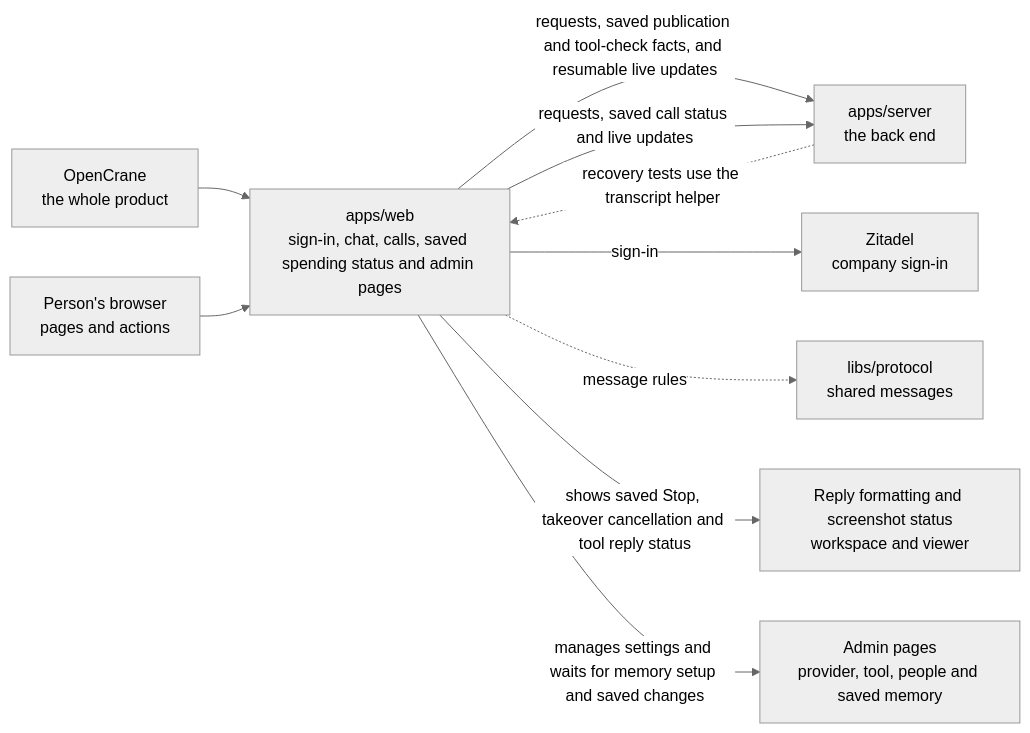
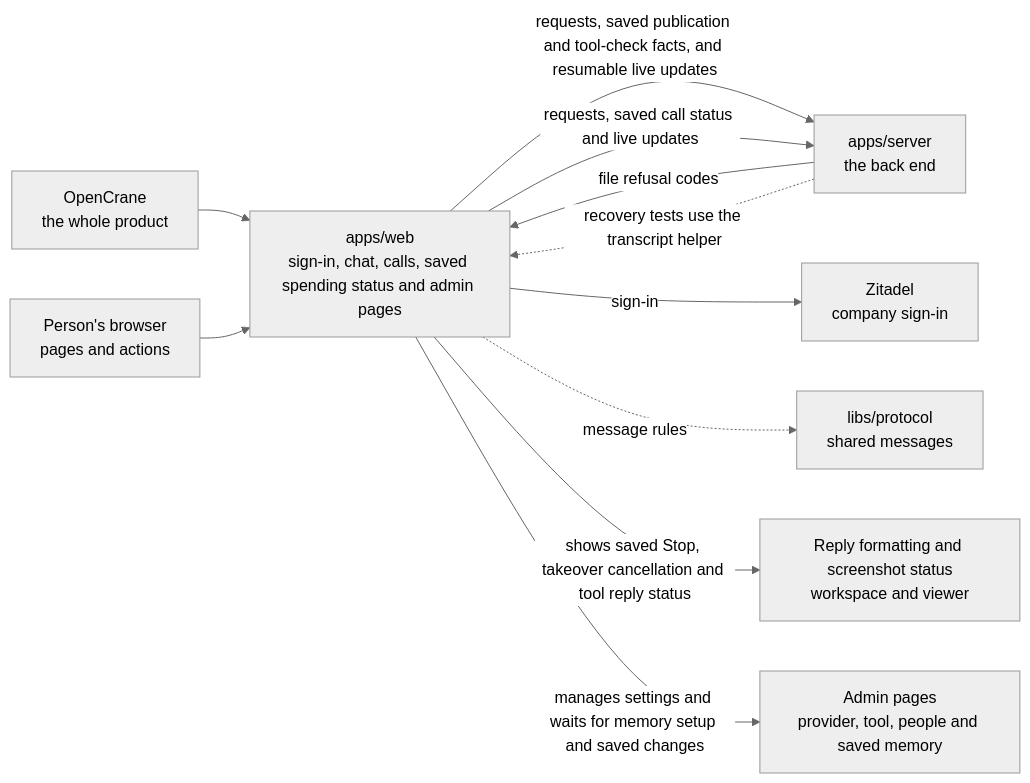
Before and after one commit to elewa-git/opencrane-new: the diagram in apps/web/README.md, drawn with Mermaid (neutral theme). The commit also changed other lines of this file and 41 other files, not shown here.

````diff
--- a/apps/web/README.md
+++ b/apps/web/README.md
@@ -16,12 +16,13 @@
 ```mermaid
 flowchart LR
   system["OpenCrane<br/>the whole product"] --> web["apps/web<br/>the website"]
   browser["Person's browser<br/>pages and actions"] --> web
   web -->|requests, saved publication and tool-check facts, and resumable live updates| server["apps/server<br/>the back end"]
+  server -->|file refusal codes| web
   server -.->|recovery tests use the transcript helper| web
   web["apps/web<br/>sign-in, chat, calls, saved spending status and admin pages"] -->|requests, saved call status and live updates| server["apps/server<br/>the back end"]
   web -->|sign-in| zitadel["Zitadel<br/>company sign-in"]
   web -.->|message rules| protocol["libs/protocol<br/>shared messages"]
   web -->|shows saved Stop, takeover cancellation and tool reply status| capture["Reply formatting and screenshot status<br/>workspace and viewer"]
   web -->|manages settings and waits for memory setup and saved changes| admin["Admin pages<br/>provider, tool, people and saved memory"]
 ```
````
